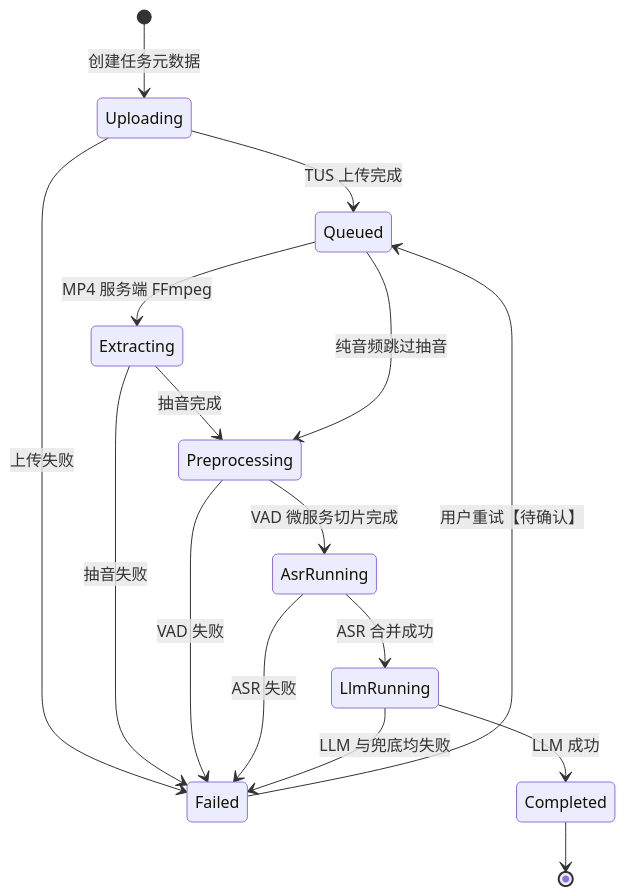
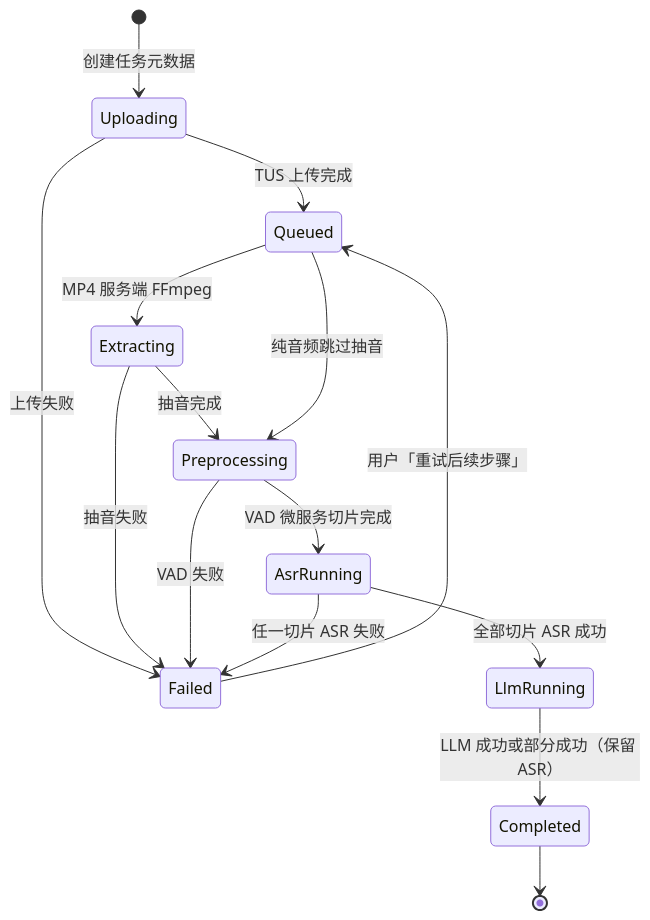
The diagram in docs/prd.md (whatnameisavaliable/lexos), drawn with Mermaid before and after one commit. The commit also changed other lines of this file and 145 other files, not shown here.

````diff
--- a/docs/prd.md
+++ b/docs/prd.md
@@ -322,18 +333,17 @@
 ```mermaid
 stateDiagram-v2
   [*] --> Uploading: 创建任务元数据
   Uploading --> Queued: TUS 上传完成
   Uploading --> Failed: 上传失败
   Queued --> Extracting: MP4 服务端 FFmpeg
   Extracting --> Preprocessing: 抽音完成
   Queued --> Preprocessing: 纯音频跳过抽音
   Extracting --> Failed: 抽音失败
   Preprocessing --> AsrRunning: VAD 微服务切片完成
   Preprocessing --> Failed: VAD 失败
-  AsrRunning --> LlmRunning: ASR 合并成功
-  AsrRunning --> Failed: ASR 失败
-  LlmRunning --> Completed: LLM 成功
-  LlmRunning --> Failed: LLM 与兜底均失败
-  Failed --> Queued: 用户重试【待确认】
+  AsrRunning --> LlmRunning: 全部切片 ASR 成功
+  AsrRunning --> Failed: 任一切片 ASR 失败
+  LlmRunning --> Completed: LLM 成功或部分成功（保留 ASR）
+  Failed --> Queued: 用户「重试后续步骤」
   Completed --> [*]
 ```
````
